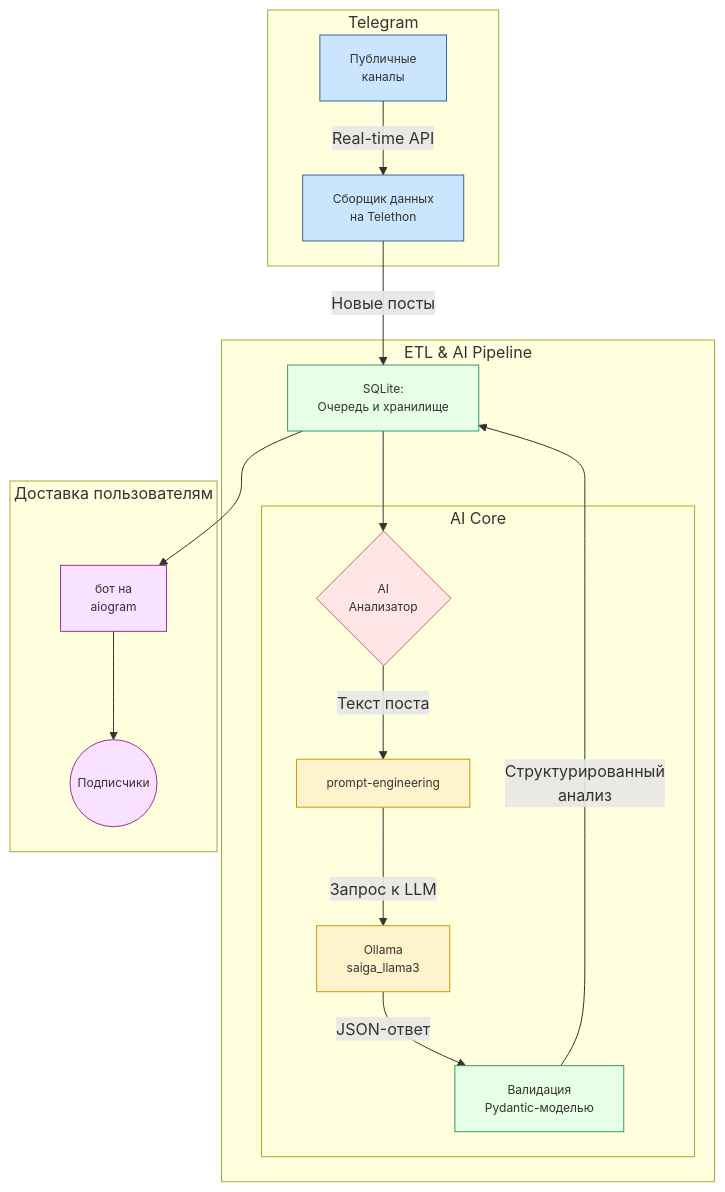
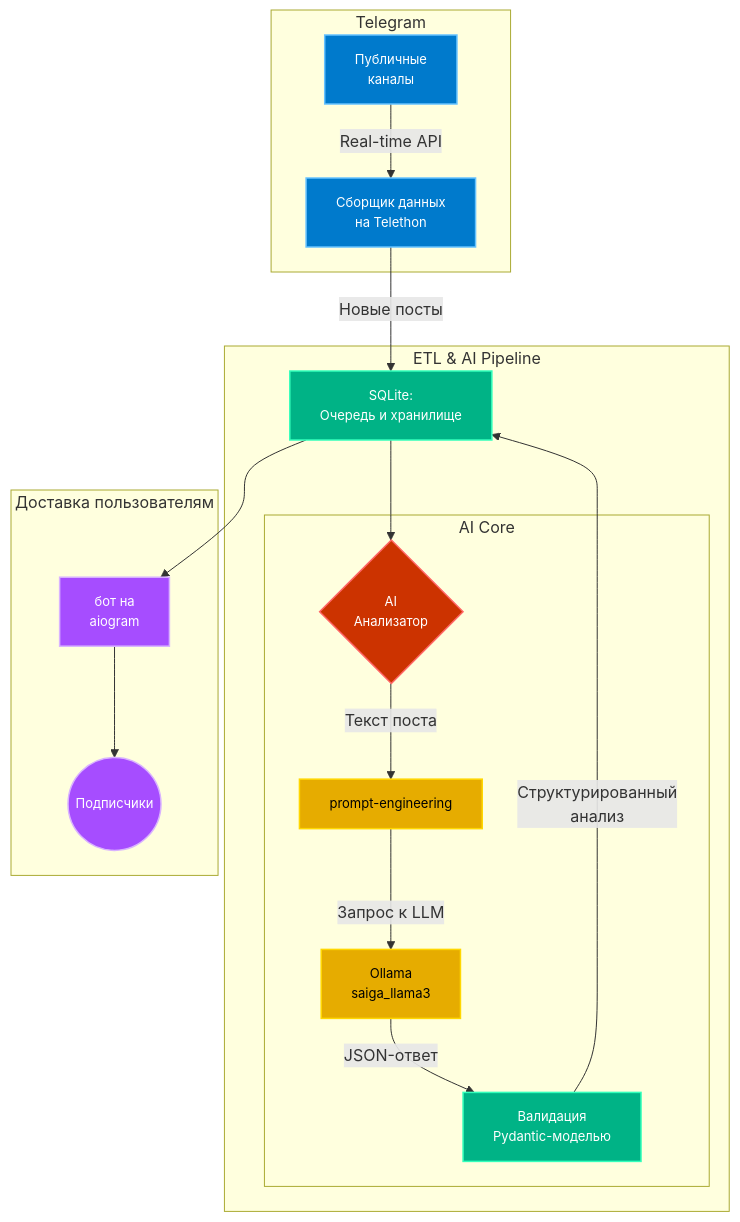
The diagram in README.md (000p1umDiesel/telegram-chatbot_news_analyzer), drawn with Mermaid before and after one commit.

````diff
--- a/README.md
+++ b/README.md
@@ -46,40 +46,39 @@
 ```mermaid
 graph TD;
 
-%% Стили узлов
-classDef source fill:#cce5ff,stroke:#336699,stroke-width:1px,font-size:12px;        
-classDef processing fill:#e6ffe6,stroke:#339966,stroke-width:1px,font-size:12px;    
-classDef ai fill:#fff3cd,stroke:#cc9900,stroke-width:1px,font-size:12px;           
-classDef delivery fill:#f9e2ff,stroke:#993399,stroke-width:1px,font-size:12px;     
-classDef decision fill:#ffe6e6,stroke:#cc6666,stroke-width:1px,font-size:12px;      
+%% Яркие стили под тёмную тему
+classDef source fill:#007acc,color:#fff,stroke:#66c2ff,stroke-width:1.5px,font-size:13px;
+classDef processing fill:#00b386,color:#fff,stroke:#33ffbb,stroke-width:1.5px,font-size:13px;
+classDef ai fill:#e6ac00,color:#000,stroke:#ffd700,stroke-width:1.5px,font-size:13px;
+classDef decision fill:#cc3300,color:#fff,stroke:#ff6666,stroke-width:1.5px,font-size:13px;
+classDef delivery fill:#a64dff,color:#fff,stroke:#d9b3ff,stroke-width:1.5px,font-size:13px;
 
 subgraph Telegram
     A[Публичные<br>каналы] -->|Real-time API| B[Сборщик данных<br>на Telethon]
 end
 
 subgraph "ETL & AI Pipeline"
     B -->|Новые посты| C[SQLite:<br>Очередь и хранилище]
     C --> D{AI<br>Анализатор}
 
     subgraph "AI Core"
         D -->|Текст поста| E[prompt-engineering]
         E -->|Запрос к LLM| F[Ollama<br>saiga_llama3]
         F -->|JSON-ответ| G[Валидация<br>Pydantic-моделью]
     end
 
-    G -->|Структурированный <br>анализ| C
+    G -->|Структурированный<br>анализ| C
 end
 
 subgraph "Доставка пользователям"
     C --> H[бот на<br>aiogram]
     H --> I((Подписчики))
 end
 
-%% Применение кастомных стилей
+%% Применение ярких стилей
 class A,B source;
 class C,G processing;
 class D decision;
 class E,F ai;
 class H,I delivery;
-
 ```
````
